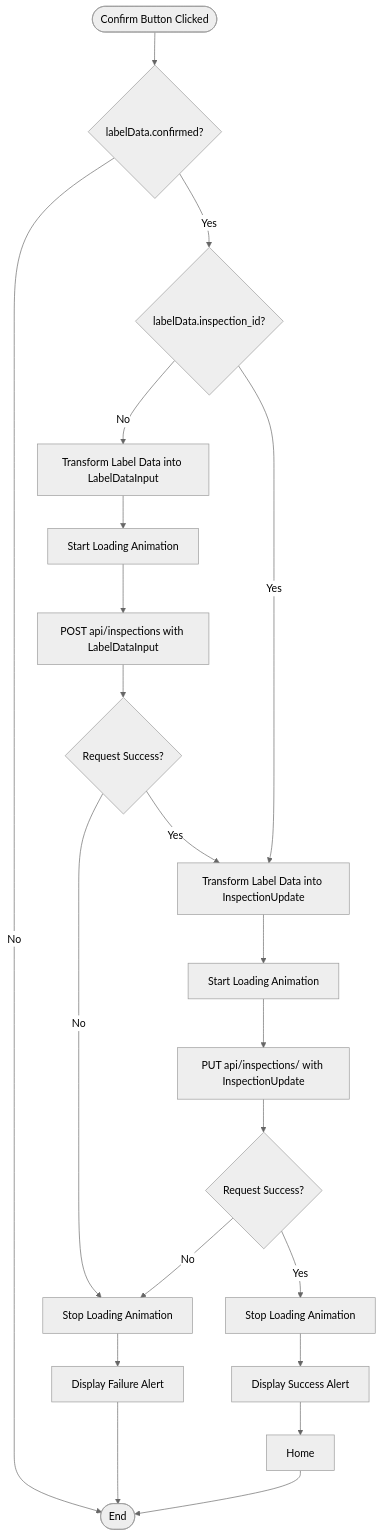
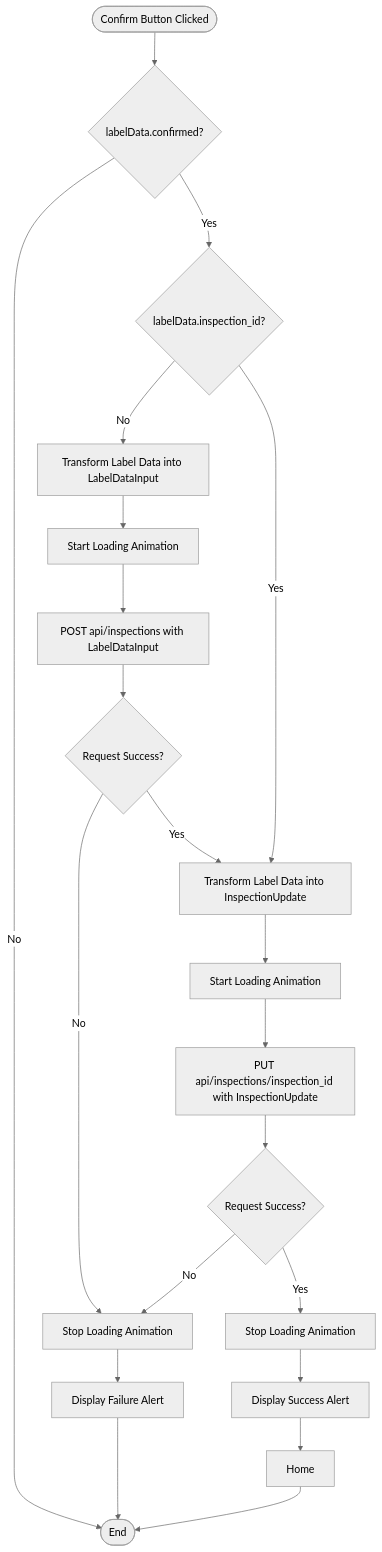
One commit to ai-cfia/fertiscan-frontend changed the second of 3 diagrams in docs/label-data-confirmation/flowchart.md. Above: the diagram before and after it, drawn with Mermaid (neutral theme). The commit also changed 10 other files, not shown here.

````diff
--- a/docs/label-data-confirmation/flowchart.md
+++ b/docs/label-data-confirmation/flowchart.md
@@ -18,18 +18,18 @@
 ```mermaid
 flowchart TD
     Start([Confirm Button Clicked]) --> CheckLabelDataConfirmed{"labelData.confirmed?"}
     CheckLabelDataConfirmed -->|No| End([End])
     CheckLabelDataConfirmed -->|Yes| CheckInspectionID{"labelData.inspection_id?"}
     
     CheckInspectionID -->|No| TransformToLabelDataInput["Transform Label Data into LabelDataInput"]
     TransformToLabelDataInput --> StartLoadingAnimationNoID["Start Loading Animation"]
     StartLoadingAnimationNoID --> PostRequest["POST api/inspections with LabelDataInput"]
     PostRequest --> PostRequestSuccess{"Request Success?"}
     PostRequestSuccess -->|No| StopLoadingFailure["Stop Loading Animation"] --> DisplayFailureAlert["Display Failure Alert"] --> End
-    PostRequestSuccess -->|Yes| TransformLabelData["Transform Label Data into InspectionUpdate"] --> StartLoadingAnimationWithID["Start Loading Animation"] --> PutRequest["PUT api/inspections/<inspection_id> with InspectionUpdate"]
+    PostRequestSuccess -->|Yes| TransformLabelData["Transform Label Data into InspectionUpdate"] --> StartLoadingAnimationWithID["Start Loading Animation"] --> PutRequest["PUT api/inspections/inspection_id with InspectionUpdate"]
     
     CheckInspectionID -->|Yes| TransformLabelData
     PutRequest --> PutRequestSuccess{"Request Success?"}
     PutRequestSuccess -->|No| StopLoadingFailure
     PutRequestSuccess -->|Yes| StopLoadingSuccess["Stop Loading Animation"] --> DisplaySuccessAlert["Display Success Alert"] --> HomePage[Home] --> End
 ```
````
